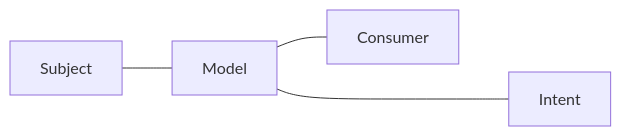
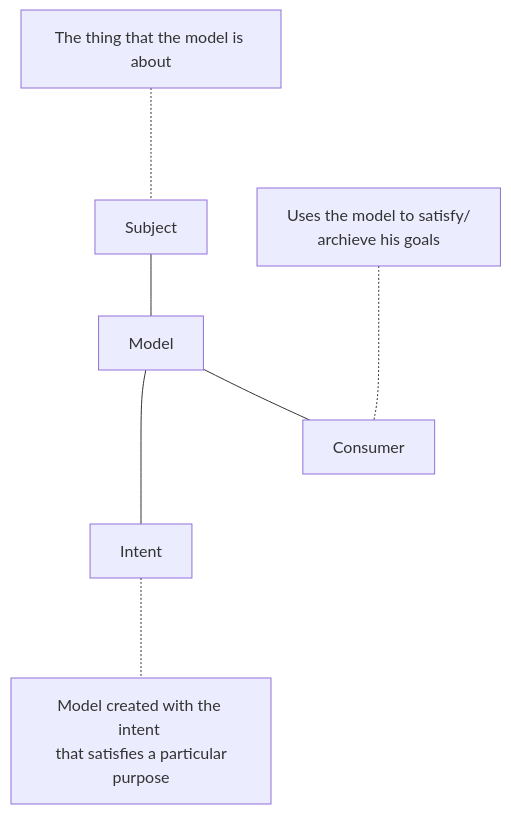
One commit to FrankLawrence/Obsidian-Vault changed the diagram in Computer Programming/Software Design/Software Abstraction and Modelling.md. Above: the diagram before and after it, drawn with Mermaid. The commit also changed other lines of this file and 9 other files, not shown here.

````diff
--- a/Computer Programming/Software Design/Software Abstraction and Modelling.md
+++ b/Computer Programming/Software Design/Software Abstraction and Modelling.md
@@ -38,5 +38,7 @@
 ```mermaid
-graph LR;
-	a[Subject] --- b[Model] ---- c[Intent]
+graph TD;
+	b[Model] ---- c[Intent] -..- f[Model created with the intent \n that satisfies a particular purpose]
+	e[The thing that the model is about] -..- a[Subject] --- b
 	b --- d[Consumer]
+	g[Uses the model to satisfy/\narchieve his goals] -..- d
 ```
````
